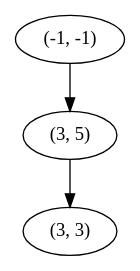
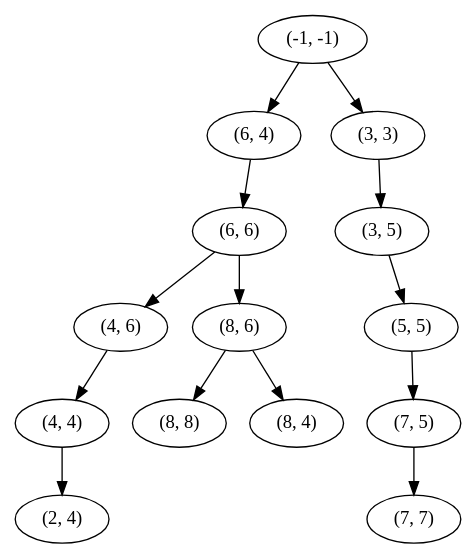
The diagram in tree.dot (groupe25/LE_CHEMIN_DES_CHEFS), drawn with Graphviz before and after one commit. The commit also changed 7 other files, not shown here.

```diff
--- a/tree.dot
+++ b/tree.dot
@@ -1,7 +1,29 @@
 strict digraph G {
-"(3, 5)" [niveau=1];
-"(3, 3)" [niveau=2];
+"(6, 4)" [niveau=1];
+"(4, 6)" [niveau=3];
+"(6, 6)" [niveau=2];
+"(4, 4)" [niveau=4];
+"(5, 5)" [niveau=3];
+"(3, 5)" [niveau=2];
+"(8, 8)" [niveau=4];
+"(7, 5)" [niveau=4];
 "(-1, -1)" [niveau=0];
-"(3, 5)" -> "(3, 3)";
-"(-1, -1)" -> "(3, 5)";
+"(7, 7)" [niveau=5];
+"(8, 6)" [niveau=3];
+"(8, 4)" [niveau=4];
+"(2, 4)" [niveau=5];
+"(3, 3)" [niveau=1];
+"(6, 4)" -> "(6, 6)";
+"(4, 6)" -> "(4, 4)";
+"(6, 6)" -> "(8, 6)";
+"(6, 6)" -> "(4, 6)";
+"(4, 4)" -> "(2, 4)";
+"(5, 5)" -> "(7, 5)";
+"(3, 5)" -> "(5, 5)";
+"(7, 5)" -> "(7, 7)";
+"(-1, -1)" -> "(6, 4)";
+"(-1, -1)" -> "(3, 3)";
+"(8, 6)" -> "(8, 8)";
+"(8, 6)" -> "(8, 4)";
+"(3, 3)" -> "(3, 5)";
 }
```
